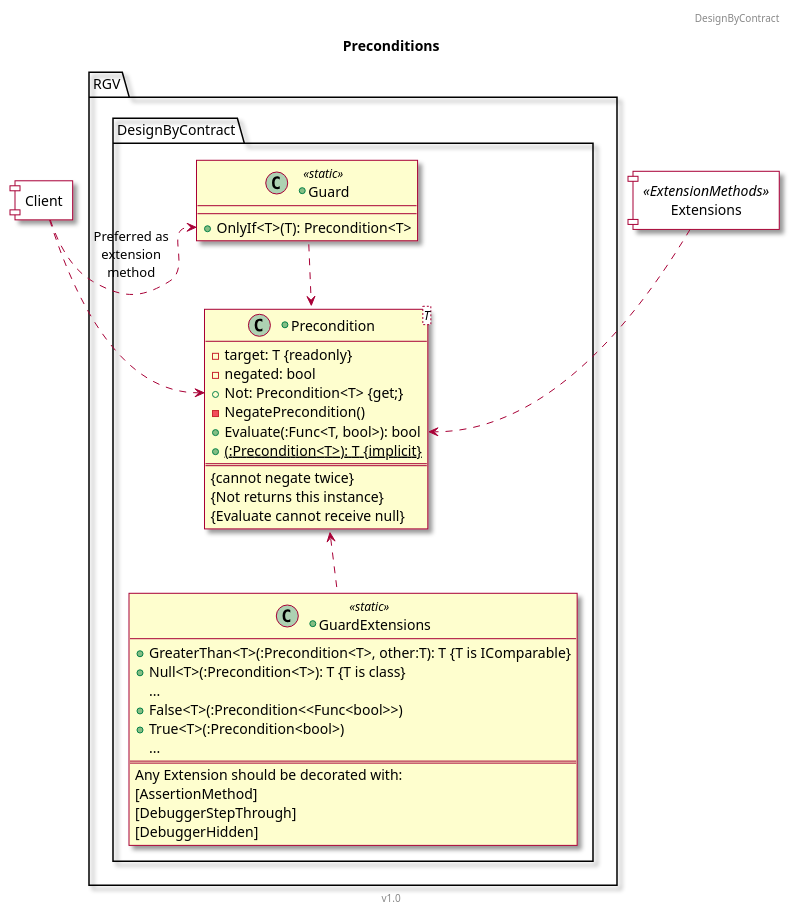
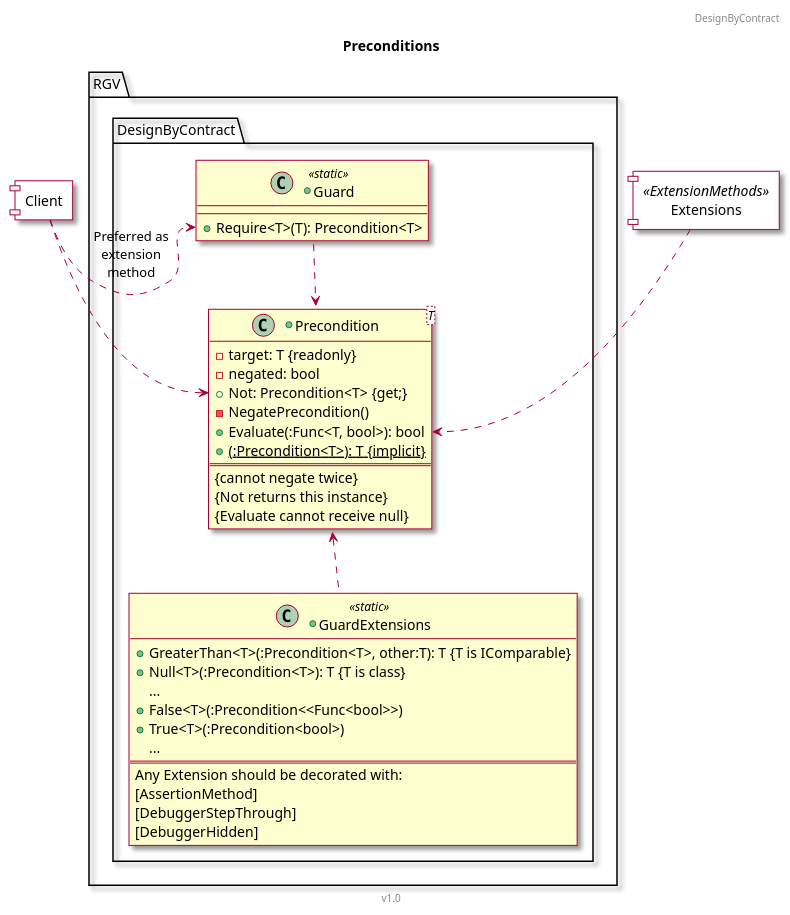
Before and after one commit to RicardoGuzmanVelasco/RGV: the diagram in Assets/RGV.DesignByContract/Documentation~/Class.puml, drawn with PlantUML. The commit also changed 8 other files, not shown here.

Commit message:
refactor(designbycontract): rename Guard to Precondition class, OnlyIf to Require method

```diff
--- a/Assets/RGV.DesignByContract/Documentation~/Class.puml
+++ b/Assets/RGV.DesignByContract/Documentation~/Class.puml
@@ -1,57 +1,57 @@
 @startuml
 '''''''''''''
 skin rose
 allowmixing
 skinparam componentstyle uml1
 '''''''''''''
 title Preconditions
 header DesignByContract
 footer v1.0
 
 component Client #white
 component Extensions <<ExtensionMethods>> #white{
 }
 
 package RGV.DesignByContract{
 +class Guard <<static>>{
-    +OnlyIf<T>(T): Precondition<T>
+    +Require<T>(T): Precondition<T>
 }
 
 +class Precondition<T>{
     -target: T {readonly}
     -negated: bool
     +Not: Precondition<T> {get;}
     -NegatePrecondition()
     +Evaluate(:Func<T, bool>): bool
     +{static}(:Precondition<T>): T {implicit}
     ==
     {cannot negate twice}
     {Not returns this instance}
     {Evaluate cannot receive null}
 }
 +class GuardExtensions <<static>>{
     +GreaterThan<T>(:Precondition<T>, other:T): T {T is IComparable}
     +Null<T>(:Precondition<T>): T {T is class}
     {method}...
     +False<T>(:Precondition<<Func<bool>>)
     +True<T>(:Precondition<bool>)
     {method}...
     ==
     Any Extension should be decorated with:
     [AssertionMethod]
     [DebuggerStepThrough]
     [DebuggerHidden]
 }
 }
 '''''''''''''
 
 Guard ..> Precondition
 GuardExtensions .u.> Precondition
-Client .r.> Guard::OnlyIf : Preferred as\nextension\nmethod
+Client .r.> Guard::Require : Preferred as\nextension\nmethod
 Client ..> Precondition::Not
 
 Extensions ..> Precondition::Evaluate
 
 '''''''''''''
 
 @enduml
```
